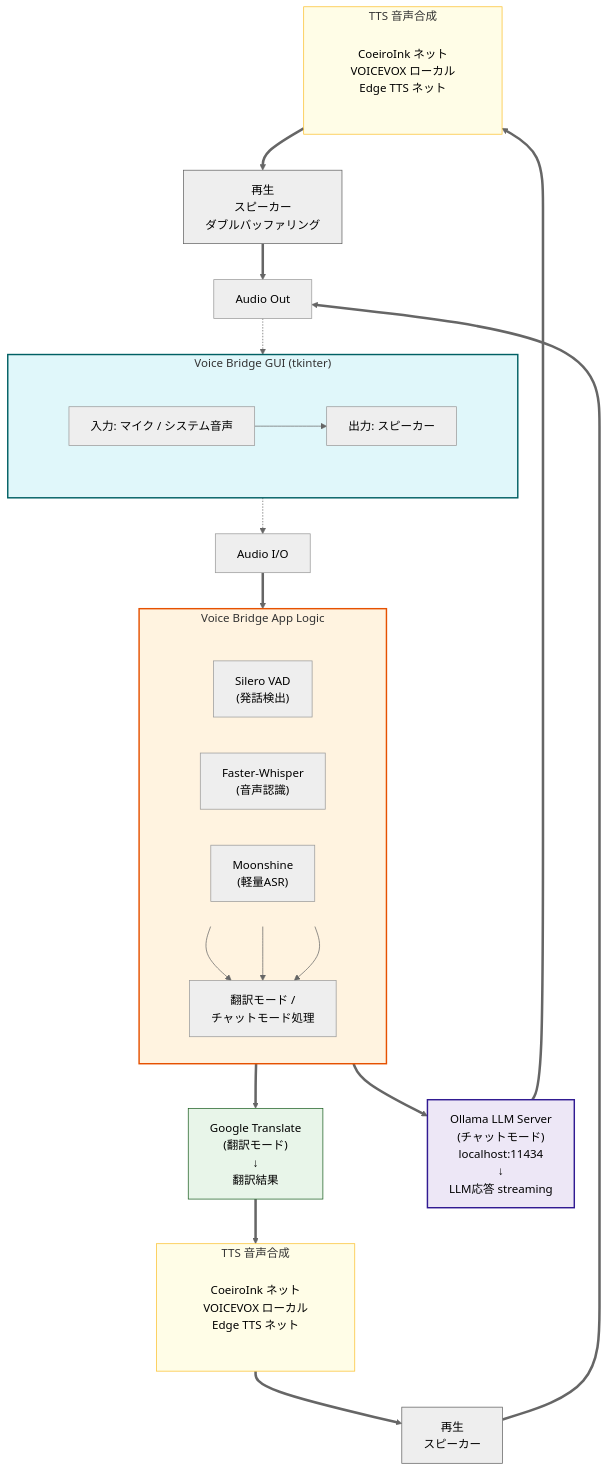
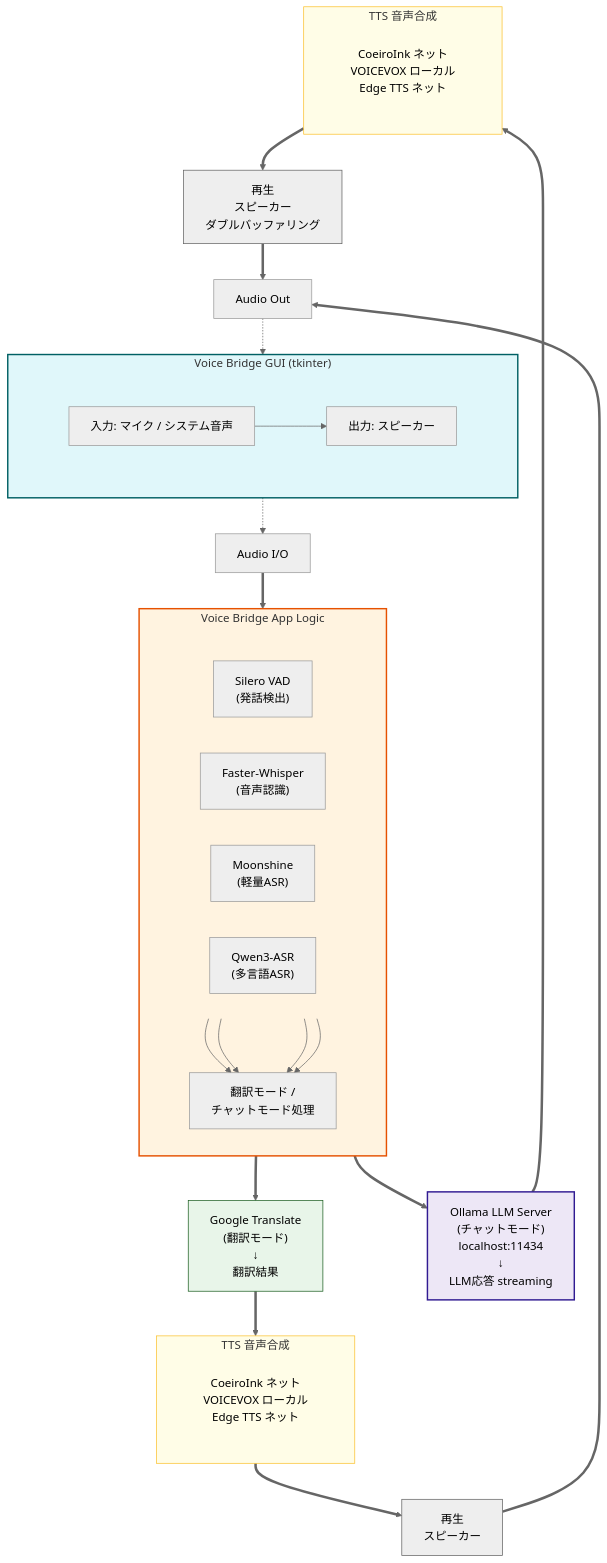
The diagram in docs/reference/ARCHITECTURE.md (zephel01/voice-bridge), drawn with Mermaid (neutral theme) before and after one commit. The commit also changed other lines of this file and 15 other files, not shown here.

First line of the commit message:
v4.0.0: Qwen3-ASR, 言語自動検出, TTS フィードバックループ防止, レイテンシ計測, チャンク長スライダー

````diff
--- a/docs/reference/ARCHITECTURE.md
+++ b/docs/reference/ARCHITECTURE.md
@@ -7,70 +7,71 @@
 ```mermaid
 graph TD
     %% GUI section
     subgraph GUI ["Voice Bridge GUI (tkinter)"]
         direction TB
         subgraph IO [" "]
             direction LR
             Input[入力: マイク / システム音声] --> Output[出力: スピーカー]
         end
     end
 
     %% I/O connectors
     Input -.-> AudioIO[Audio I/O]
     AudioOut[Audio Out] -.-> Output
 
     %% Core Logic section
     subgraph AppLogic ["Voice Bridge App Logic"]
         direction TB
 
         subgraph Detection [" "]
             direction LR
             VAD["Silero VAD<br/>(発話検出)"]
             Whisper["Faster-Whisper<br/>(音声認識)"]
             Moonshine["Moonshine<br/>(軽量ASR)"]
+            Qwen3["Qwen3-ASR<br/>(多言語ASR)"]
         end
 
-        VAD & Whisper & Moonshine --> Process["翻訳モード /<br/>チャットモード処理"]
+        VAD & Whisper & Moonshine & Qwen3 --> Process["翻訳モード /<br/>チャットモード処理"]
     end
 
     %% I/O to Logic
     AudioIO ==> VAD
 
     %% External Services
     Process ==> GoogleTrans["Google Translate<br/>(翻訳モード)<br/>↓<br/>翻訳結果"]
     Process ==> Ollama["Ollama LLM Server<br/>(チャットモード)<br/>localhost:11434<br/>↓<br/>LLM応答 streaming"]
 
     %% Translation mode path
     subgraph TTSTrans ["TTS 音声合成"]
         direction TB
         TTS_Options1["CoeiroInk ネット<br/>VOICEVOX ローカル<br/>Edge TTS ネット"]
     end
     GoogleTrans ==> TTSTrans
     TTSTrans ==> Play1["再生<br/>スピーカー"]
 
     %% Chat mode path
     subgraph TTSChat ["TTS 音声合成"]
         direction TB
         TTS_Options2["CoeiroInk ネット<br/>VOICEVOX ローカル<br/>Edge TTS ネット"]
     end
     Ollama ==> TTSChat
     TTSChat ==> Play2["再生<br/>スピーカー<br/>ダブルバッファリング"]
 
     %% Final output
     Play1 ==> AudioOut
     Play2 ==> AudioOut
 
     %% Styling
     style GUI fill:#e0f7fa,stroke:#006064,stroke-width:2px
     style AppLogic fill:#fff3e0,stroke:#e65100,stroke-width:2px
     style GoogleTrans fill:#e8f5e9,stroke:#1b5e20,stroke-width:1px
     style Ollama fill:#ede7f6,stroke:#311b92,stroke-width:2px
     style TTSTrans fill:#fffde7,stroke:#fbc02d,stroke-width:1px
     style TTSChat fill:#fffde7,stroke:#fbc02d,stroke-width:1px
     style Play1 fill:#eeeeee,stroke:#616161,stroke-width:1px
     style Play2 fill:#eeeeee,stroke:#616161,stroke-width:1px
     style IO fill:none,stroke:none
     style Detection fill:none,stroke:none
     style TTS_Options1 fill:none,stroke:none
     style TTS_Options2 fill:none,stroke:none
 ```
````
